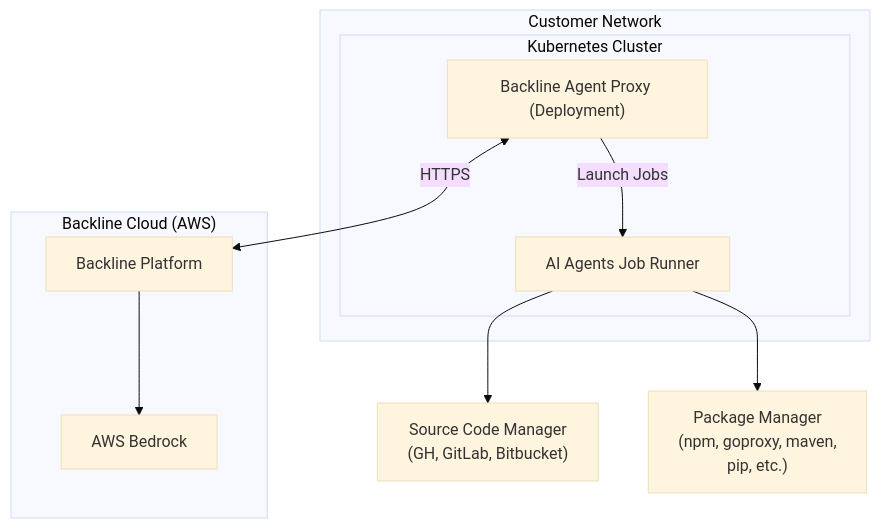
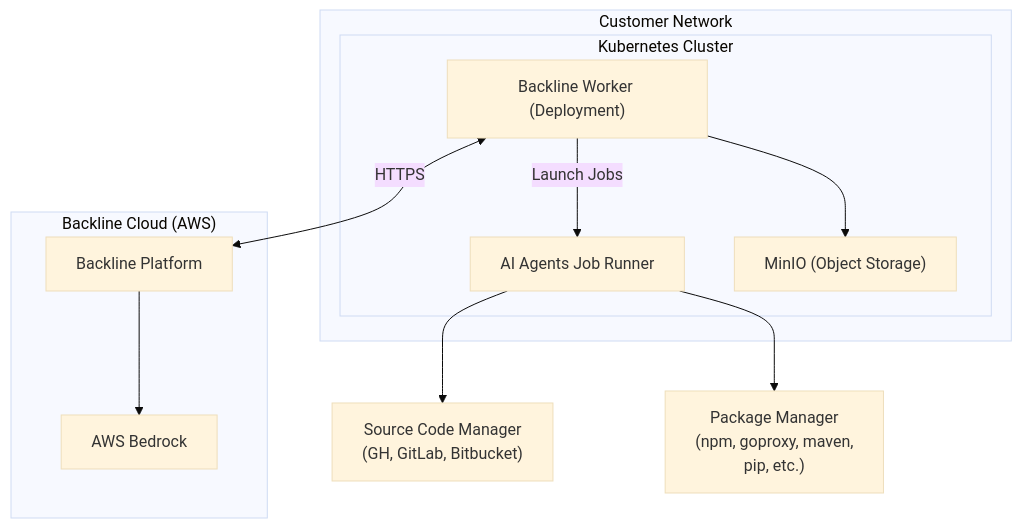
The diagram in charts/backline/README.md (Backline-labs/charts), drawn with Mermaid (base theme) before and after one commit. The commit also changed other lines of this file and 11 other files, not shown here.

````diff
--- a/charts/backline/README.md
+++ b/charts/backline/README.md
@@ -5,22 +5,24 @@
 ```mermaid
 graph TB
   subgraph BC["Backline Cloud (AWS)"]
       BP["Backline Platform"]
       AWB["AWS Bedrock"]
       BP --> AWB
   end
   subgraph CN["Customer Network"]
       subgraph KC["Kubernetes Cluster"]
-          BAP["Backline Agent Proxy (Deployment)"]
+          BW["Backline Worker (Deployment)"]
           AJJR["AI Agents Job Runner"]
-          BAP -->|Launch Jobs| AJJR
+          MINIO["MinIO (Object Storage)"]
+          BW -->|Launch Jobs| AJJR
+          BW --> MINIO
       end
   end
-    
+
   SCM["Source Code Manager<br/>(GH, GitLab, Bitbucket)"]
   PM["Package Manager<br/>(npm, goproxy, maven,<br/>pip, etc.)"]
-  
-  BAP <-->|HTTPS| BP
+
+  BW <-->|HTTPS| BP
   AJJR --> SCM
   AJJR --> PM
 ```
````
